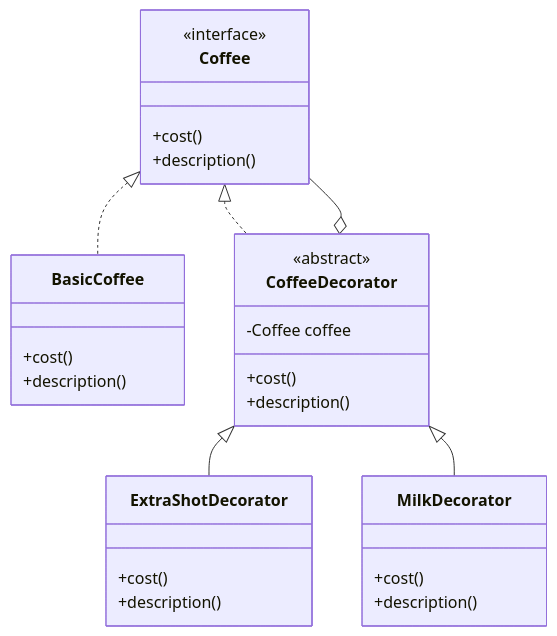
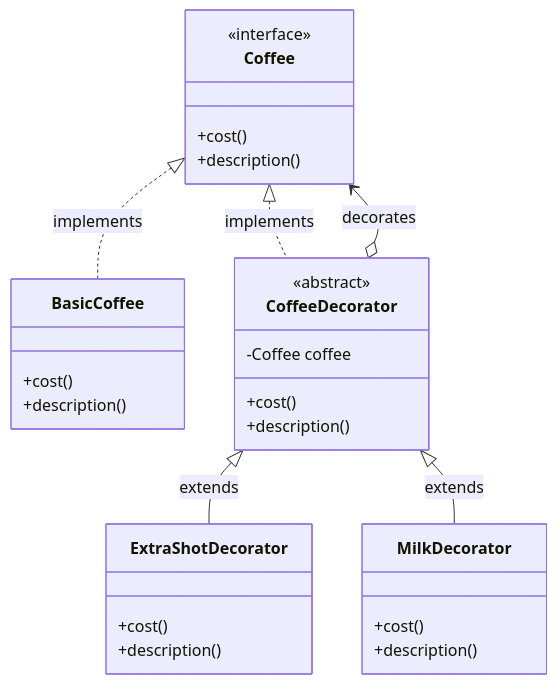
The fifth of 8 diagrams in design_patterns.md (TechFille006/OOP), drawn with Mermaid before and after one commit. The commit also changed other lines of this file, not shown here.

````diff
--- a/design_patterns.md
+++ b/design_patterns.md
@@ -155,31 +155,31 @@
 ```mermaid
 classDiagram
     class Coffee {
         <<interface>>
         +cost()
         +description()
     }
     class BasicCoffee {
         +cost()
         +description()
     }
     class CoffeeDecorator {
         <<abstract>>
         -Coffee coffee
         +cost()
         +description()
     }
     class ExtraShotDecorator {
         +cost()
         +description()
     }
     class MilkDecorator {
         +cost()
         +description()
     }
-    Coffee <|.. BasicCoffee
-    Coffee <|.. CoffeeDecorator
-    CoffeeDecorator <|-- ExtraShotDecorator
-    CoffeeDecorator <|-- MilkDecorator
-    CoffeeDecorator o-- Coffee
+    Coffee <|.. BasicCoffee : implements
+    Coffee <|.. CoffeeDecorator : implements
+    CoffeeDecorator <|-- ExtraShotDecorator : extends
+    CoffeeDecorator <|-- MilkDecorator : extends
+    CoffeeDecorator o--> Coffee : decorates
 ```
````
